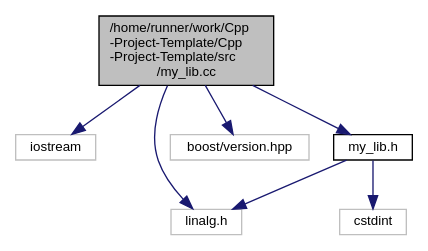
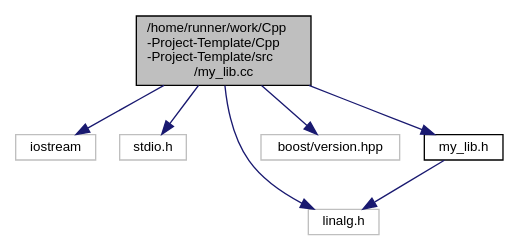
One commit to franneck94/CppProjectTemplate changed the diagram in my__lib_8cc__incl.dot. Above: the diagram before and after it, drawn with Graphviz. The commit also changed 29 other files, not shown here.

```diff
--- a/my__lib_8cc__incl.dot
+++ b/my__lib_8cc__incl.dot
@@ -1,17 +1,17 @@
 digraph "/home/runner/work/Cpp-Project-Template/Cpp-Project-Template/src/my_lib.cc"
 {
   edge [fontname="Helvetica",fontsize="10",labelfontname="Helvetica",labelfontsize="10"];
   node [fontname="Helvetica",fontsize="10",shape=record];
   Node0 [label="/home/runner/work/Cpp\l-Project-Template/Cpp\l-Project-Template/src\l/my_lib.cc",height=0.2,width=0.4,color="black", fillcolor="grey75", style="filled", fontcolor="black"];
   Node0 -> Node1 [color="midnightblue",fontsize="10",style="solid",fontname="Helvetica"];
   Node1 [label="iostream",height=0.2,width=0.4,color="grey75", fillcolor="white", style="filled"];
   Node0 -> Node2 [color="midnightblue",fontsize="10",style="solid",fontname="Helvetica"];
-  Node2 [label="linalg.h",height=0.2,width=0.4,color="grey75", fillcolor="white", style="filled"];
+  Node2 [label="stdio.h",height=0.2,width=0.4,color="grey75", fillcolor="white", style="filled"];
   Node0 -> Node3 [color="midnightblue",fontsize="10",style="solid",fontname="Helvetica"];
-  Node3 [label="boost/version.hpp",height=0.2,width=0.4,color="grey75", fillcolor="white", style="filled"];
+  Node3 [label="linalg.h",height=0.2,width=0.4,color="grey75", fillcolor="white", style="filled"];
   Node0 -> Node4 [color="midnightblue",fontsize="10",style="solid",fontname="Helvetica"];
-  Node4 [label="my_lib.h",height=0.2,width=0.4,color="black", fillcolor="white", style="filled",URL="$my__lib_8h.html"];
-  Node4 -> Node5 [color="midnightblue",fontsize="10",style="solid",fontname="Helvetica"];
-  Node5 [label="cstdint",height=0.2,width=0.4,color="grey75", fillcolor="white", style="filled"];
-  Node4 -> Node2 [color="midnightblue",fontsize="10",style="solid",fontname="Helvetica"];
+  Node4 [label="boost/version.hpp",height=0.2,width=0.4,color="grey75", fillcolor="white", style="filled"];
+  Node0 -> Node5 [color="midnightblue",fontsize="10",style="solid",fontname="Helvetica"];
+  Node5 [label="my_lib.h",height=0.2,width=0.4,color="black", fillcolor="white", style="filled",URL="$my__lib_8h.html"];
+  Node5 -> Node3 [color="midnightblue",fontsize="10",style="solid",fontname="Helvetica"];
 }
```
